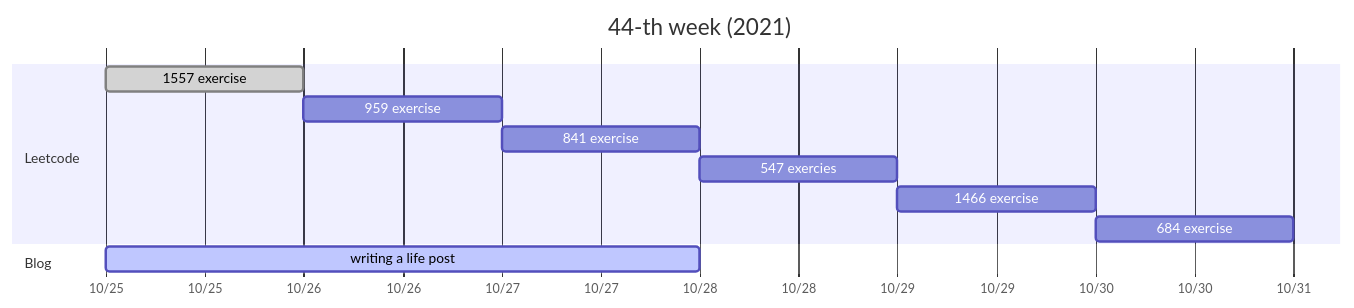
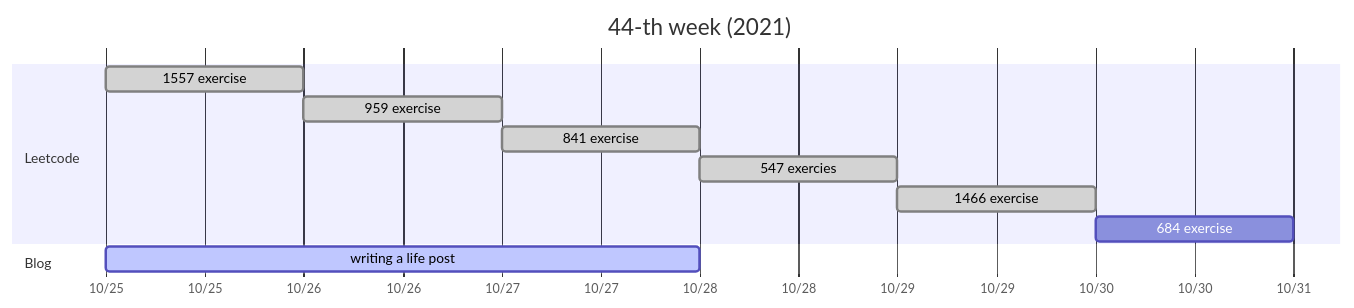
The diagram in _posts/2021-10-25-44th-weekly-progress.md (michaelmoju/allenyummy.github.io), drawn with Mermaid before and after one commit.

Commit message:
[modified] 2021-10-24-44th-weekly-progress

````diff
--- a/_posts/2021-10-25-44th-weekly-progress.md
+++ b/_posts/2021-10-25-44th-weekly-progress.md
@@ -23,17 +23,17 @@
 ```mermaid
 gantt
     title 44-th week (2021)
     dateFormat  YYYY-MM-DD
     axisFormat  %m/%d
 
     section Leetcode
     1557 exercise     : done  , L1, 2021-10-25, 1d
-    959 exercise      :         L2, 2021-10-26, 1d
-    841 exercise      :         L3, 2021-10-27, 1d
-    547 exercies      :         L4, 2021-10-28, 1d
-    1466 exercise     :         L5, 2021-10-29, 1d
+    959 exercise      : done  , L2, 2021-10-26, 1d
+    841 exercise      : done  , L3, 2021-10-27, 1d
+    547 exercies      : done  , L4, 2021-10-28, 1d
+    1466 exercise     : done  , L5, 2021-10-29, 1d
     684 exercise      :         L6, 2021-10-30, 1d
 
     section Blog
     writing a life post : active, B2, 2021-10-25, 3d
 ```
````
